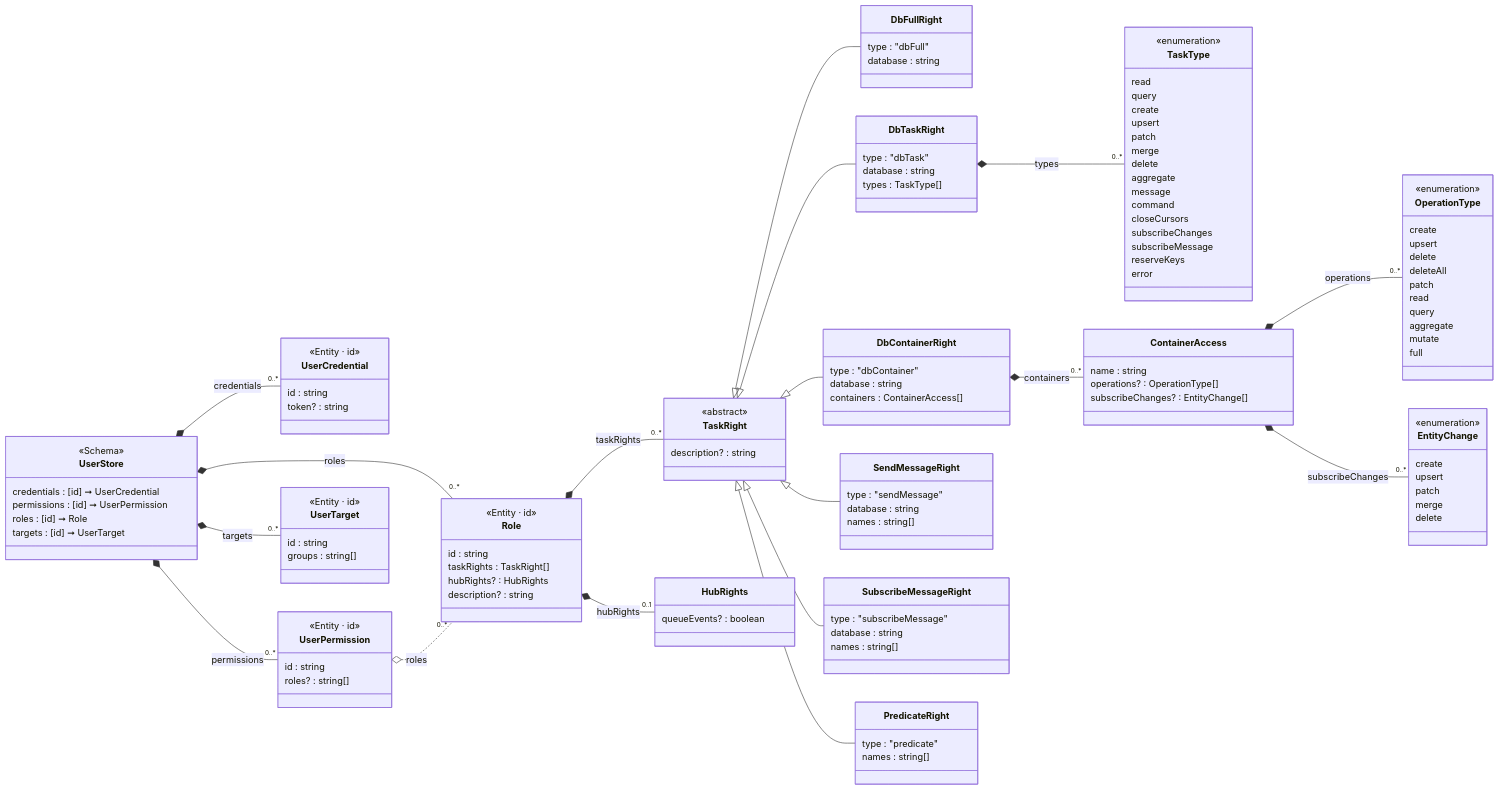
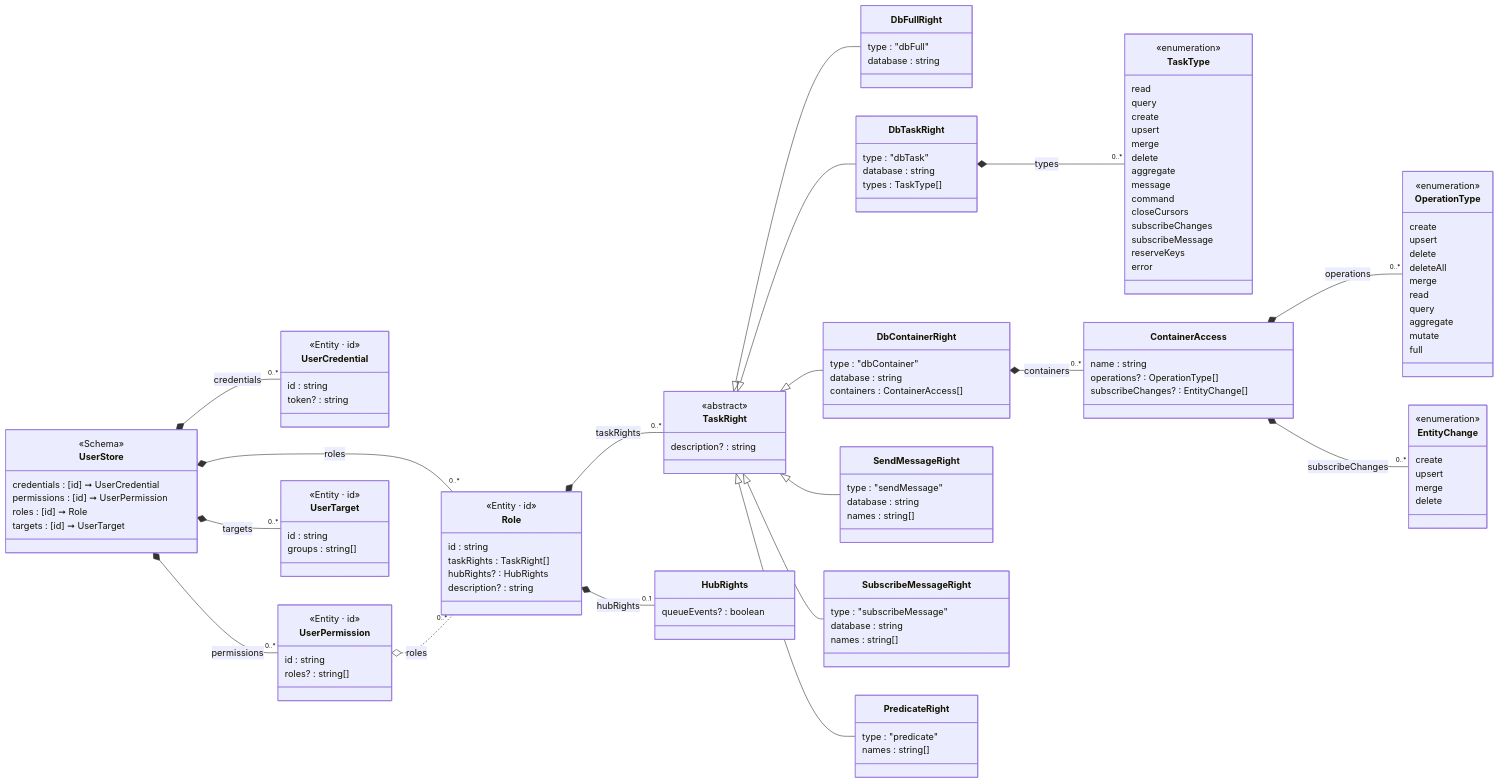
One commit to friflo/Friflo.Json.Fliox changed the diagram in Json.Tests/assets~/Schema/Markdown/UserStore/class-diagram.md. Above: the diagram before and after it, drawn with Mermaid. The commit also changed 68 other files, not shown here.

Commit message:
Hub - changed Protocol: replaced PatchEntities by MergeEntities - removed: class PatchEntities, TaskType.patch, SetInfo.patch, Change.patch, ChangeInfo.patches, EntityChange.patch

```diff
--- a/Json.Tests/assets~/Schema/Markdown/UserStore/class-diagram.md
+++ b/Json.Tests/assets~/Schema/Markdown/UserStore/class-diagram.md
@@ -87,7 +87,7 @@
     upsert
     delete
     deleteAll
-    patch
+    merge
     read
     query
     aggregate
@@ -126,7 +126,6 @@
     query
     create
     upsert
-    patch
     merge
     delete
     aggregate
@@ -144,7 +143,6 @@
     <<enumeration>>
     create
     upsert
-    patch
     merge
     delete
 }
```
